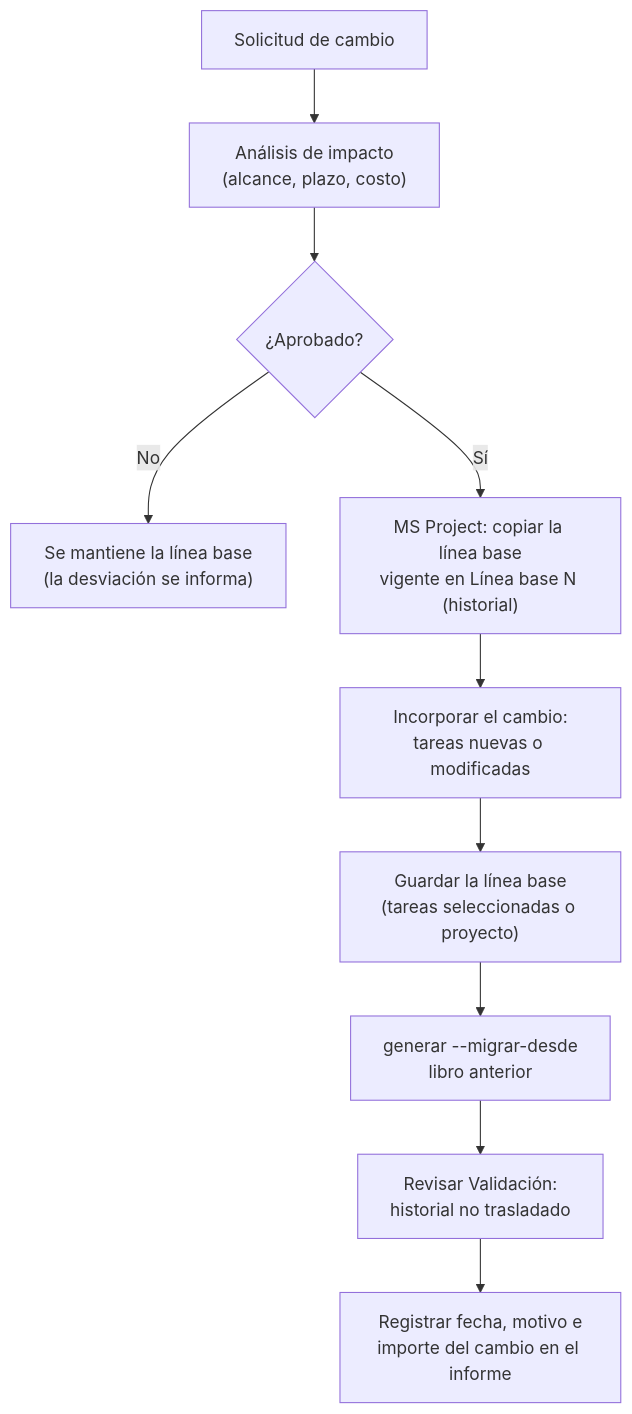
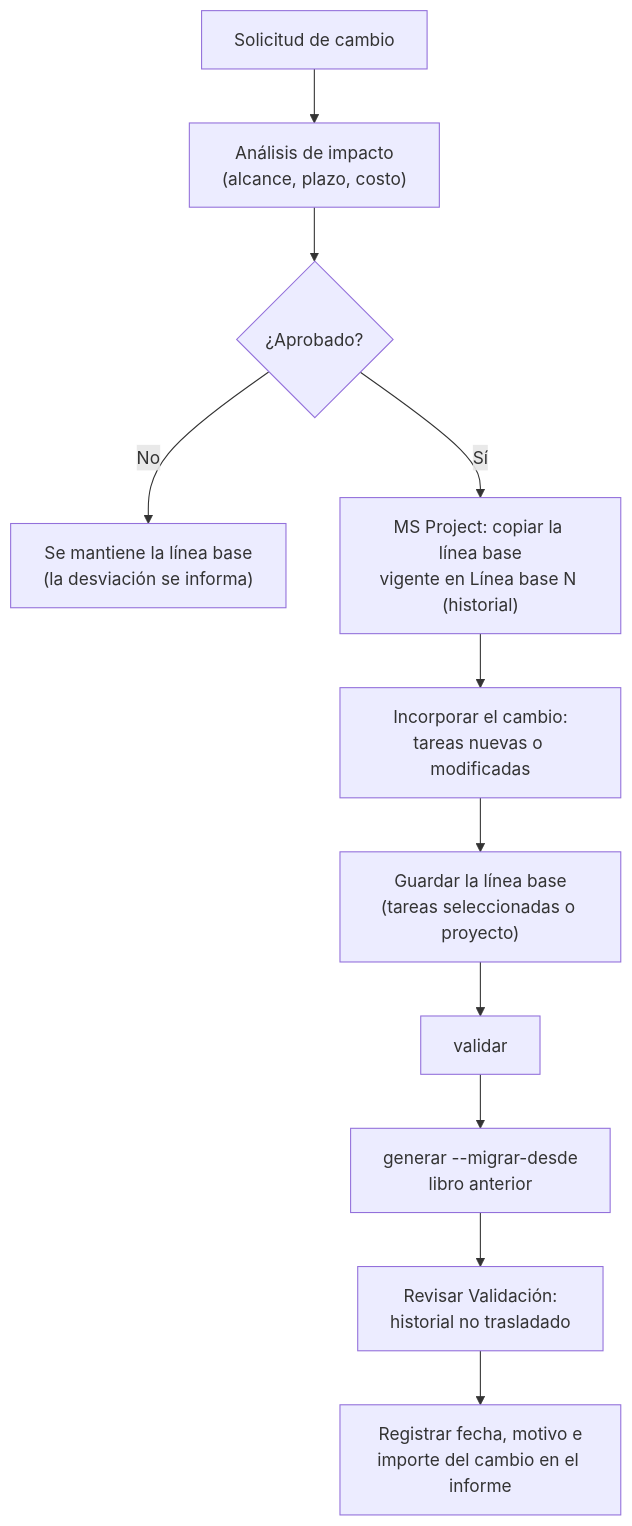
One commit to MarceloSalazar/evm-automation changed the fourth of 4 diagrams in docs/proceso-reporte-evm.md. Above: the diagram before and after it, drawn with Mermaid. The commit also changed other lines of this file and 43 other files, not shown here.

````diff
--- a/docs/proceso-reporte-evm.md
+++ b/docs/proceso-reporte-evm.md
@@ -178,12 +185,13 @@
 ```mermaid
 flowchart TD
     A["Solicitud de cambio"] --> B["Análisis de impacto<br/>(alcance, plazo, costo)"]
     B --> C{"¿Aprobado?"}
     C -- "No" --> Z["Se mantiene la línea base<br/>(la desviación se informa)"]
     C -- "Sí" --> D["MS Project: copiar la línea base<br/>vigente en Línea base N (historial)"]
     D --> E["Incorporar el cambio:<br/>tareas nuevas o modificadas"]
     E --> F["Guardar la línea base<br/>(tareas seleccionadas o proyecto)"]
-    F --> G["generar --migrar-desde<br/>libro anterior"]
+    F --> VA["validar"]
+    VA --> G["generar --migrar-desde<br/>libro anterior"]
     G --> H["Revisar Validación:<br/>historial no trasladado"]
     H --> I["Registrar fecha, motivo e<br/>importe del cambio en el informe"]
 ```
````
